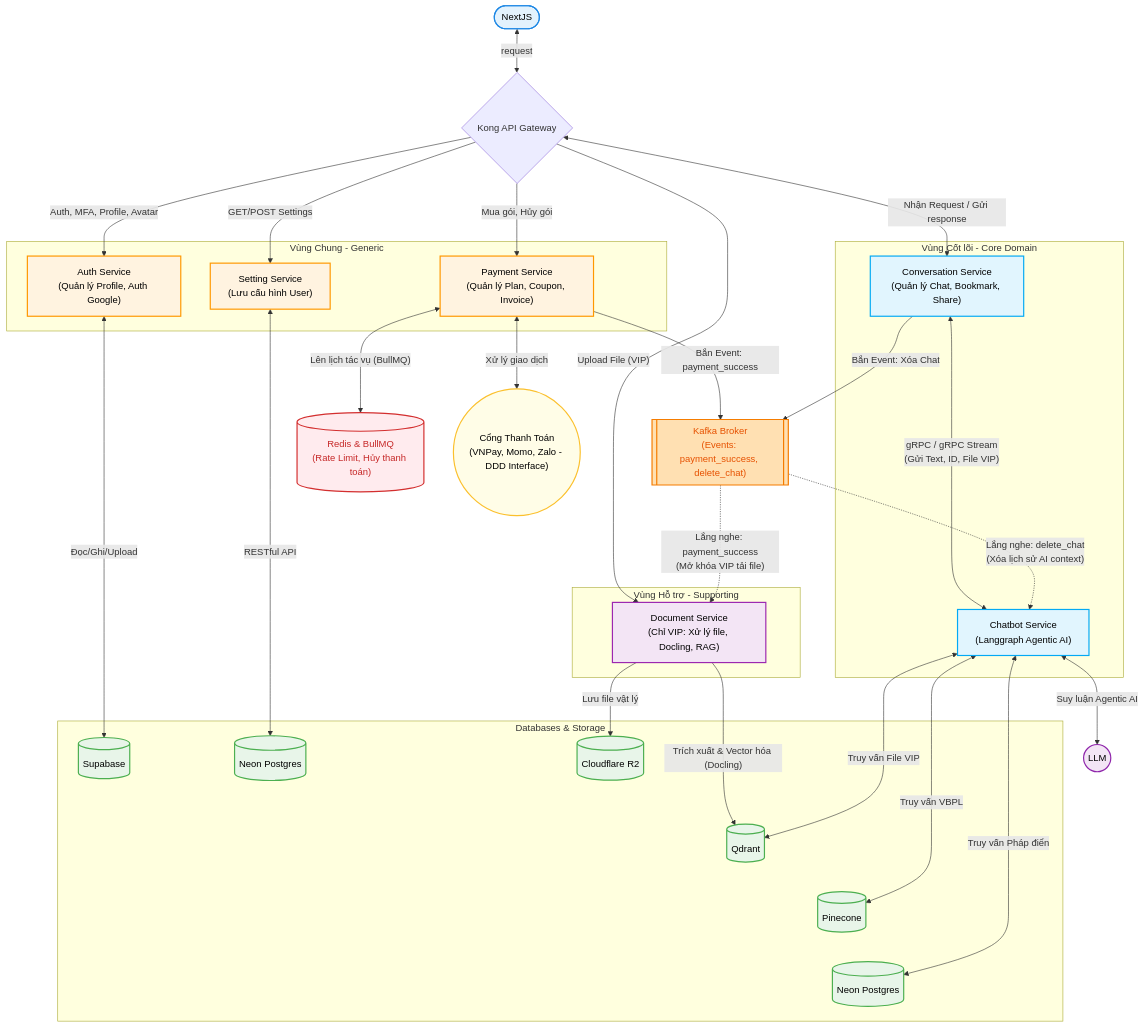
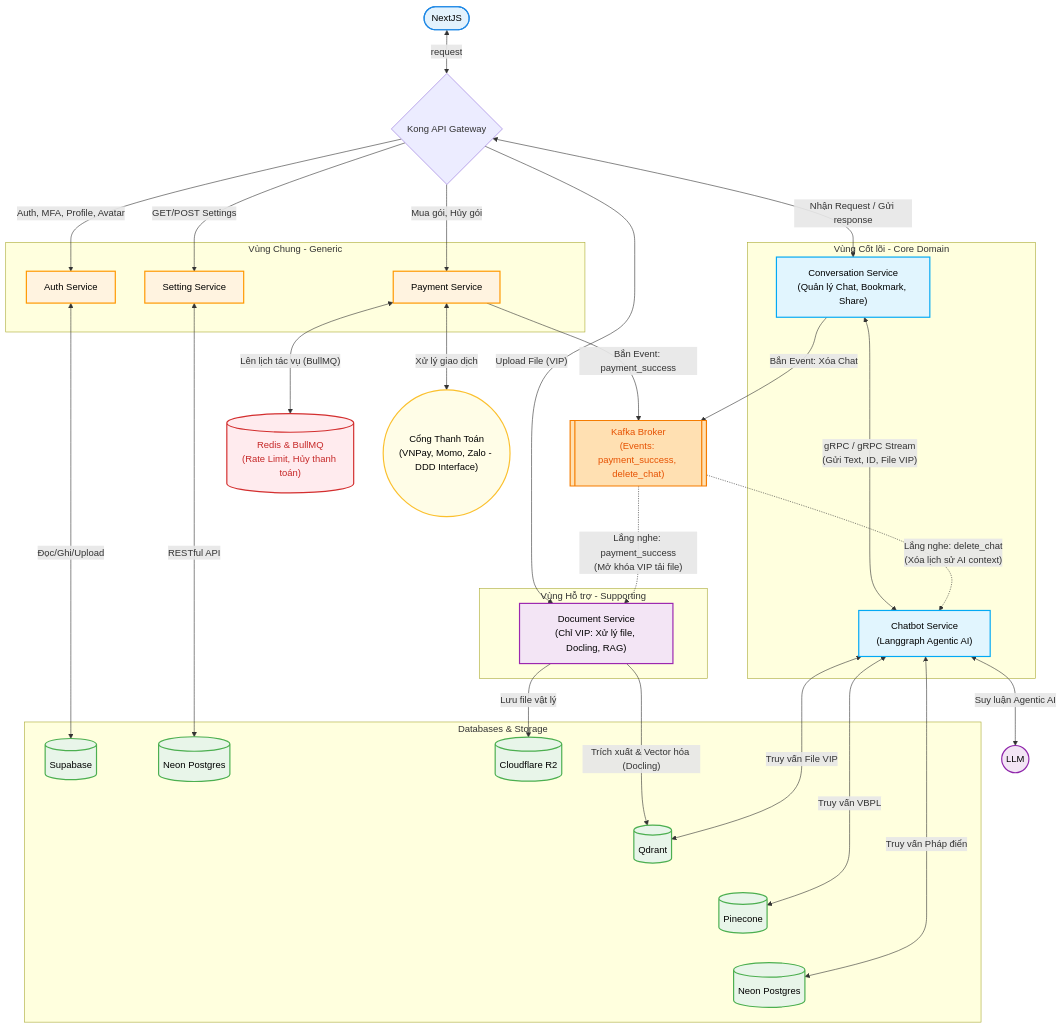
The diagram in docs/2. Công nghệ sử dụng/3.3. Chi tiết về các dịch vụ/0.mmd (20206205Tech/docs-markdown), drawn with Mermaid before and after one commit. The commit also changed 1 other file, not shown here.

```diff
--- a/docs/2. Công nghệ sử dụng/3.3. Chi tiết về các dịch vụ/0.mmd
+++ b/docs/2. Công nghệ sử dụng/3.3. Chi tiết về các dịch vụ/0.mmd
@@ -1,93 +1,93 @@
 flowchart TD
     Client(["NextJS"])
     Gateway{"Kong API Gateway"}
     Client <-->|"request"| Gateway
 
     %% Nhóm Database & Storage
     subgraph Databases [Databases & Storage]
         SupabaseDB[("Supabase")]
         NeonDB_Setting[("Neon Postgres")]
         Pinecone[("Pinecone")]
         Qdrant[("Qdrant")]
         NeonDB_Phapdien[("Neon Postgres")]
         R2[("Cloudflare R2")]
 
         %% Dùng liên kết vô hình để ép thứ tự từ trái sang phải
         R2 ~~~ Qdrant ~~~ Pinecone ~~~ NeonDB_Phapdien
     end
 
     %% Nhóm Message Broker & Cache
         Kafka[["Kafka Broker\n(Events: payment_success, delete_chat)"]]
         Redis[("Redis & BullMQ\n(Rate Limit, Hủy thanh toán)")]
 
     %% Nhóm Core Services (Vùng Cốt lõi)
     subgraph CoreDomain [Vùng Cốt lõi - Core Domain]
         ConvService["Conversation Service\n(Quản lý Chat, Bookmark, Share)"]
         ChatbotService["Chatbot Service\n(Langgraph Agentic AI)"]
     end
 
     %% Nhóm Supporting Services (Vùng Hỗ trợ)
     subgraph SupportDomain [Vùng Hỗ trợ - Supporting]
         DocService["Document Service\n(Chỉ VIP: Xử lý file, Docling, RAG)"]
     end
 
     %% Nhóm Generic Services (Vùng Chung)
     subgraph GenericDomain [Vùng Chung - Generic]
-        AuthService["Auth Service\n(Quản lý Profile, Auth Google)"]
-        SettingService["Setting Service\n(Lưu cấu hình User)"]
-        PaymentSvc["Payment Service\n(Quản lý Plan, Coupon, Invoice)"]
+        AuthService["Auth Service"]
+        SettingService["Setting Service"]
+        PaymentSvc["Payment Service"]
     end
 
     %% External Systems
     LLM(("LLM"))
     Payment(("Cổng Thanh Toán\n(VNPay, Momo, Zalo - DDD Interface)"))
 
     Gateway -->|"Auth, MFA, Profile, Avatar"| AuthService
     Gateway -->|"GET/POST Settings"| SettingService
     Gateway -->|"Mua gói, Hủy gói"| PaymentSvc
     Gateway -->|"Upload File (VIP)"| DocService
     Gateway <-->|"Nhận Request / Gửi response"| ConvService
 
     %% Service to Database/Storage
     AuthService <-->|"Đọc/Ghi/Upload"| SupabaseDB
     SettingService <-->|"RESTful API"| NeonDB_Setting
 
     %% Payment Luồng
     PaymentSvc <-->|"Xử lý giao dịch"| Payment
     PaymentSvc -->|"Bắn Event: payment_success"| Kafka
     PaymentSvc <-->|"Lên lịch tác vụ (BullMQ)"| Redis
 
     %% Document Processing Luồng
     DocService -->|"Lưu file vật lý"| R2
     DocService -->|"Trích xuất & Vector hóa (Docling)"| Qdrant
 
     %% Conversation & Chatbot Luồng (Quan trọng)
     ConvService <-->|"gRPC / gRPC Stream\n(Gửi Text, ID, File VIP)"| ChatbotService
     ConvService -->|"Bắn Event: Xóa Chat"| Kafka
 
     ChatbotService <-->|"Truy vấn VBPL"| Pinecone
     ChatbotService <-->|"Truy vấn Pháp điển"| NeonDB_Phapdien
     ChatbotService <-->|"Truy vấn File VIP"| Qdrant
     ChatbotService <-->|"Suy luận Agentic AI"| LLM
 
     %% --- LUỒNG CONSUMER NHẬN EVENT TỪ KAFKA ---
     Kafka -.->|"Lắng nghe: payment_success\n(Mở khóa VIP tải file)"| DocService
     Kafka -.->|"Lắng nghe: delete_chat\n(Xóa lịch sử AI context)"| ChatbotService
 
     %% Style Định dạng màu sắc chung
     classDef core fill:#e1f5fe,stroke:#03a9f4,stroke-width:2px,color:#000
     classDef support fill:#f3e5f5,stroke:#9c27b0,stroke-width:2px,color:#000
     classDef generic fill:#fff3e0,stroke:#ff9800,stroke-width:2px,color:#000
     classDef db fill:#e8f5e9,stroke:#4caf50,stroke-width:2px,color:#000
 
     class ConvService,ChatbotService core
     class DocService support
     class AuthService,SettingService,PaymentSvc generic
     class SupabaseDB,NeonDB_Setting,NeonDB_Phapdien,Pinecone,Qdrant,R2 db
 
     %% --- TÔ MÀU ĐỘC LẬP THEO YÊU CẦU ---
     style Redis fill:#ffebee,stroke:#d32f2f,stroke-width:2px,color:#c62828
     style Kafka fill:#ffe0b2,stroke:#f57c00,stroke-width:2px,color:#e65100
     style Payment fill:#fffde7,stroke:#fbc02d,stroke-width:2px,color:#000
     style Client fill:#e3f2fd,stroke:#1e88e5,stroke-width:2px,color:#000
     style LLM fill:#f3e5f5,stroke:#8e24aa,stroke-width:2px,color:#000
```
